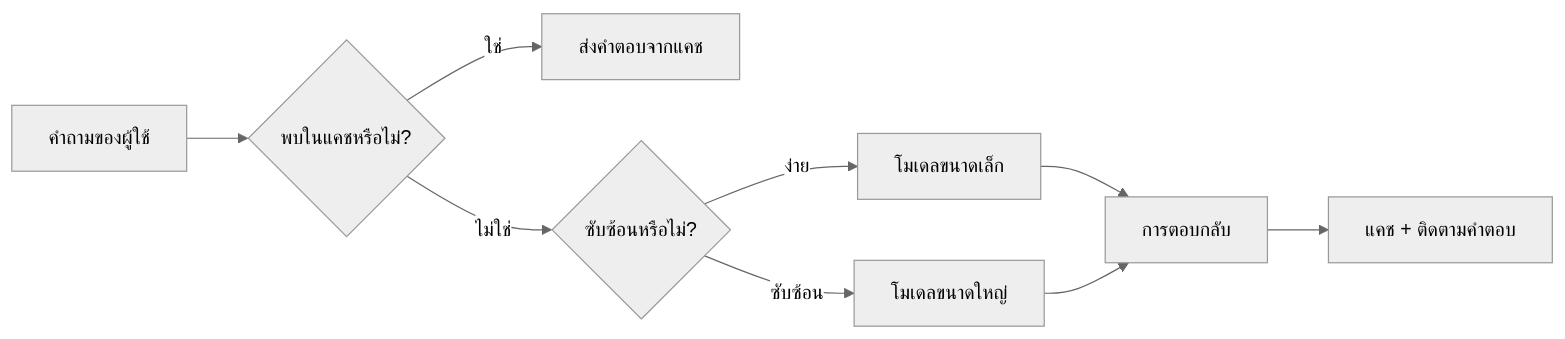
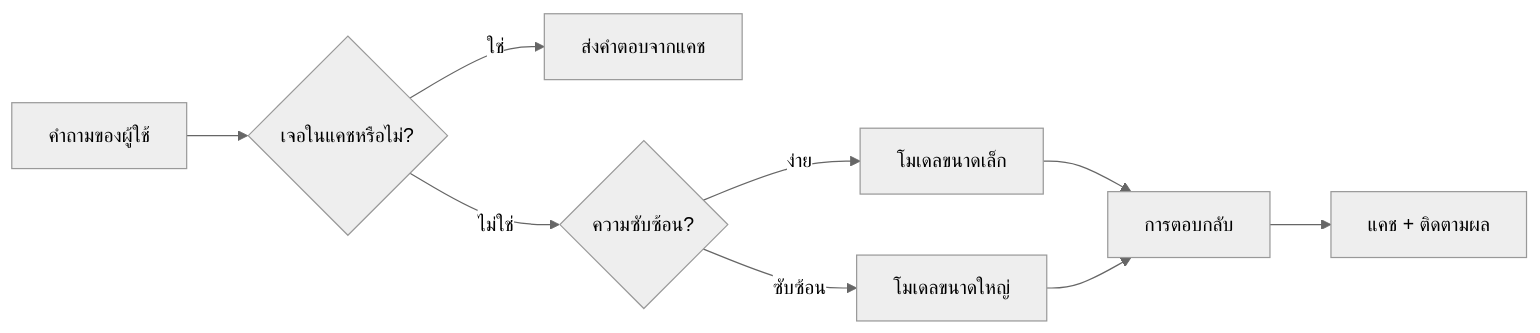
One commit to microsoft/ai-agents-for-beginners changed the third of 4 diagrams in translations/th/16-deploying-scalable-agents/README.md. Above: the diagram before and after it, drawn with Mermaid (neutral theme). The commit also changed other lines of this file and 46 other files, not shown here.

````diff
--- a/translations/th/16-deploying-scalable-agents/README.md
+++ b/translations/th/16-deploying-scalable-agents/README.md
@@ -134,11 +134,11 @@
 ```mermaid
 flowchart LR
-    Q[คำถามของผู้ใช้] --> C{พบในแคชหรือไม่?}
+    Q[คำถามของผู้ใช้] --> C{เจอในแคชหรือไม่?}
     C -->|ใช่| R[ส่งคำตอบจากแคช]
-    C -->|ไม่ใช่| Router{ซับซ้อนหรือไม่?}
+    C -->|ไม่ใช่| Router{ความซับซ้อน?}
     Router -->|ง่าย| SLM[โมเดลขนาดเล็ก]
     Router -->|ซับซ้อน| LLM[โมเดลขนาดใหญ่]
     SLM --> Out[การตอบกลับ]
     LLM --> Out
-    Out --> Store[แคช + ติดตามคำตอบ]
+    Out --> Store[แคช + ติดตามผล]
 ```
````
